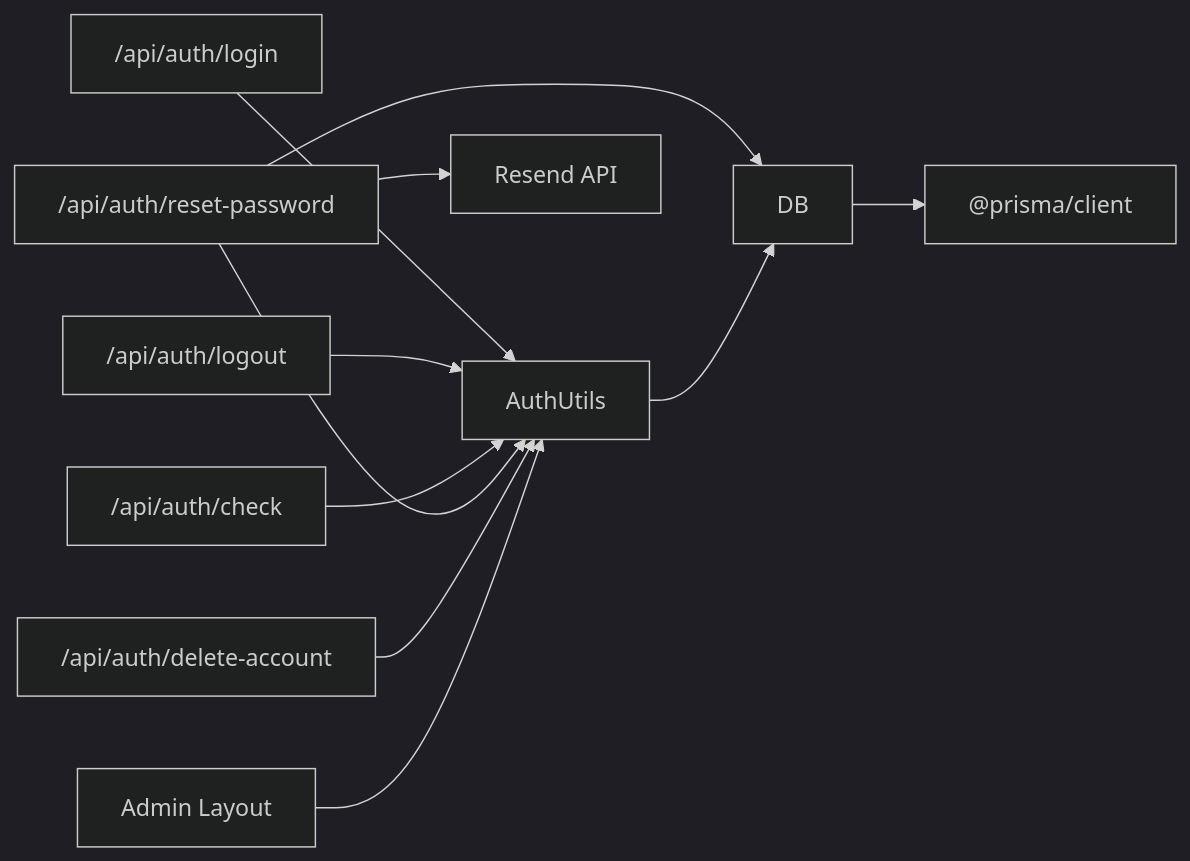
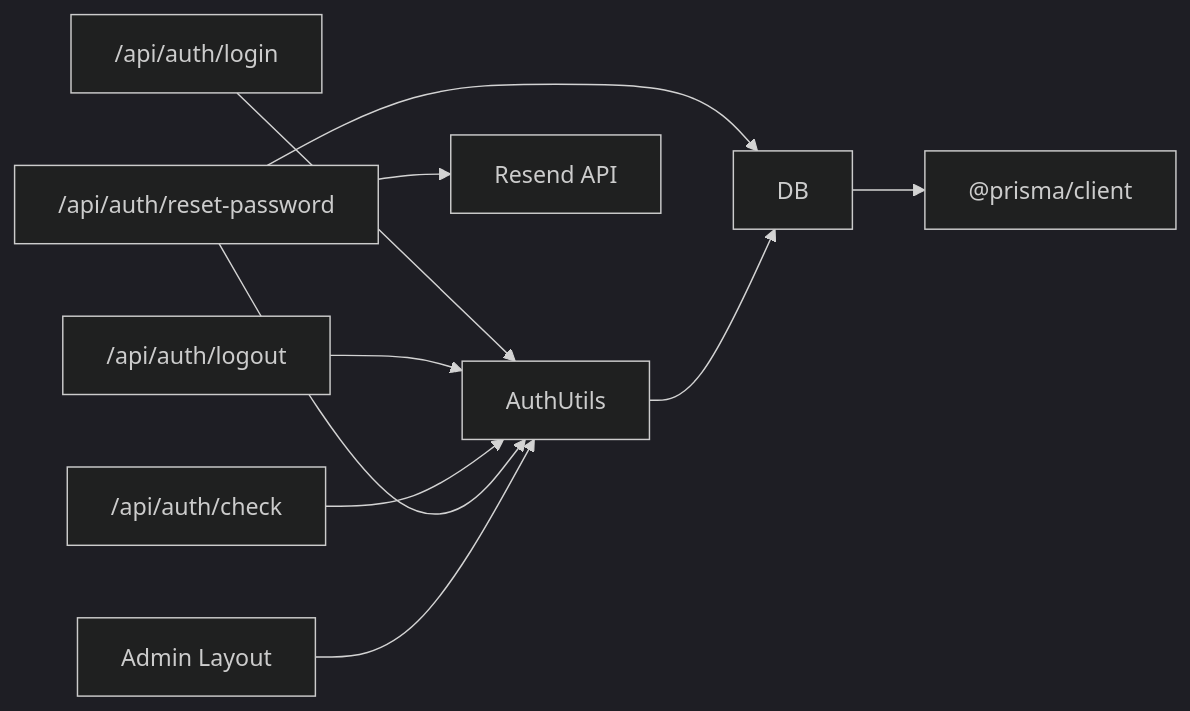
One commit to xLegarda/GreenAxis changed the tenth of 10 diagrams in .qoder/repowiki/en/content/Security Implementation/Security Implementation.md. Above: the diagram before and after it, drawn with Mermaid (dark theme). The commit also changed other lines of this file and 42 other files, not shown here.

````diff
--- a/.qoder/repowiki/en/content/Security Implementation/Security Implementation.md
+++ b/.qoder/repowiki/en/content/Security Implementation/Security Implementation.md
@@ -453,13 +505,12 @@
 ```mermaid
 graph LR
 LoginRoute["/api/auth/login"] --> AuthUtils
 LogoutRoute["/api/auth/logout"] --> AuthUtils
 CheckRoute["/api/auth/check"] --> AuthUtils
 ResetRoute["/api/auth/reset-password"] --> AuthUtils
 ResetRoute --> DB
-DelAccRoute["/api/auth/delete-account"] --> AuthUtils
 AdminLayout["Admin Layout"] --> AuthUtils
 AuthUtils --> DB
 ResetRoute --> Resend["Resend API"]
 DB --> Prisma["@prisma/client"]
 ```
````
